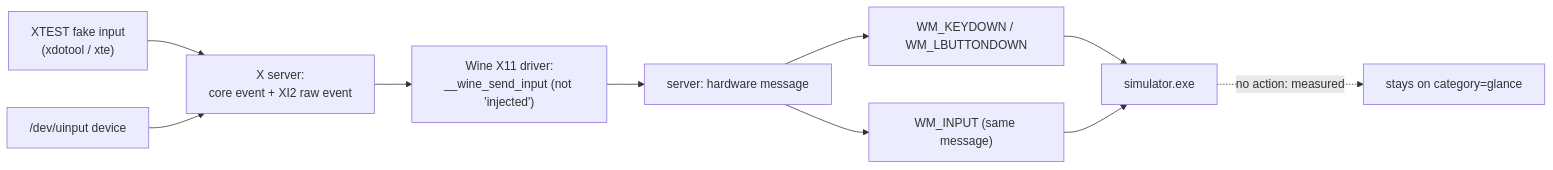
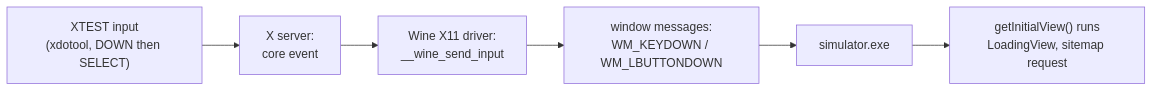
Before and after one commit to openhab/openhab-garmin: the diagram in tests/docs/simulator-input.md, drawn with Mermaid. The commit also changed other lines of this file and 3 other files, not shown here.

First line of the commit message:
Correct the simulator-input verdict: DOWN then SELECT opens the app (#402) (#405)

````diff
--- a/tests/docs/simulator-input.md
+++ b/tests/docs/simulator-input.md
@@ -154,12 +156,8 @@
 ```mermaid
 flowchart LR
-  XT["XTEST fake input<br/>(xdotool / xte)"] --> XS["X server:<br/>core event + XI2 raw event"]
-  UI["/dev/uinput device"] --> XS
-  XS --> W["Wine X11 driver:<br/>__wine_send_input (not 'injected')"]
-  W --> HM["server: hardware message"]
-  HM --> L["WM_KEYDOWN / WM_LBUTTONDOWN"]
-  HM --> R["WM_INPUT (same message)"]
-  L --> APP["simulator.exe"]
-  R --> APP
-  APP -.->|"no action: measured"| V["stays on category=glance"]
+  XT["XTEST input<br/>(xdotool, DOWN then SELECT)"] --> XS["X server:<br/>core event"]
+  XS --> W["Wine X11 driver:<br/>__wine_send_input"]
+  W --> MSG["window messages:<br/>WM_KEYDOWN / WM_LBUTTONDOWN"]
+  MSG --> APP["simulator.exe"]
+  APP --> VIEW["getInitialView() runs<br/>LoadingView, sitemap request"]
 ```
````
